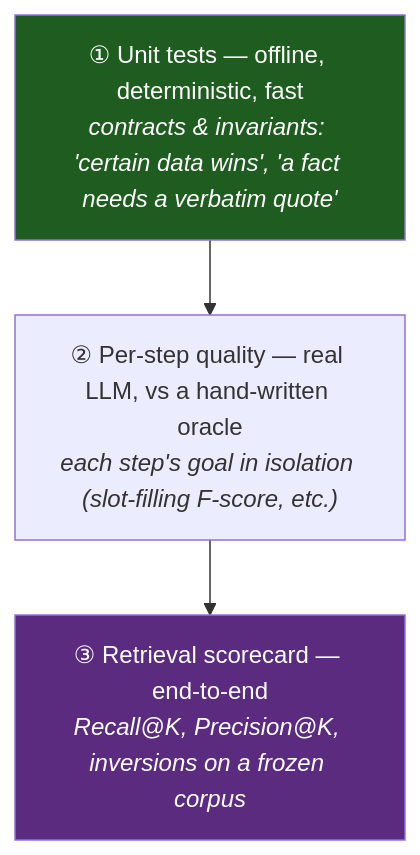
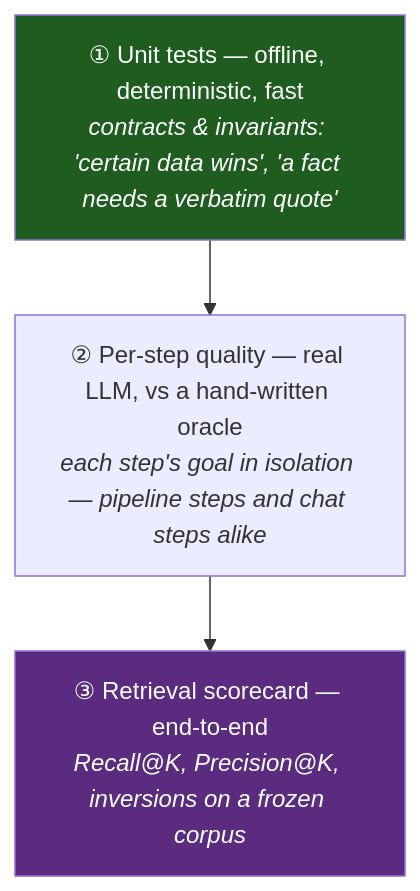
One commit to msporchia/board-game-rag-seller changed the third of 3 diagrams in README.md. Above: the diagram before and after it, drawn with Mermaid. The commit also changed other lines of this file and 7 other files, not shown here.

````diff
--- a/README.md
+++ b/README.md
@@ -142,9 +165,9 @@
 ```mermaid
 flowchart TB
     U["① Unit tests — offline, deterministic, fast<br/><i>contracts & invariants: 'certain data wins', 'a fact needs a verbatim quote'</i>"]
-    Q["② Per-step quality — real LLM, vs a hand-written oracle<br/><i>each step's goal in isolation (slot-filling F-score, etc.)</i>"]
+    Q["② Per-step quality — real LLM, vs a hand-written oracle<br/><i>each step's goal in isolation — pipeline steps and chat steps alike</i>"]
     R["③ Retrieval scorecard — end-to-end<br/><i>Recall@K, Precision@K, inversions on a frozen corpus</i>"]
     U --> Q --> R
     style U fill:#1f5c1f,color:#fff
     style R fill:#5a2b7e,color:#fff
 ```
````
